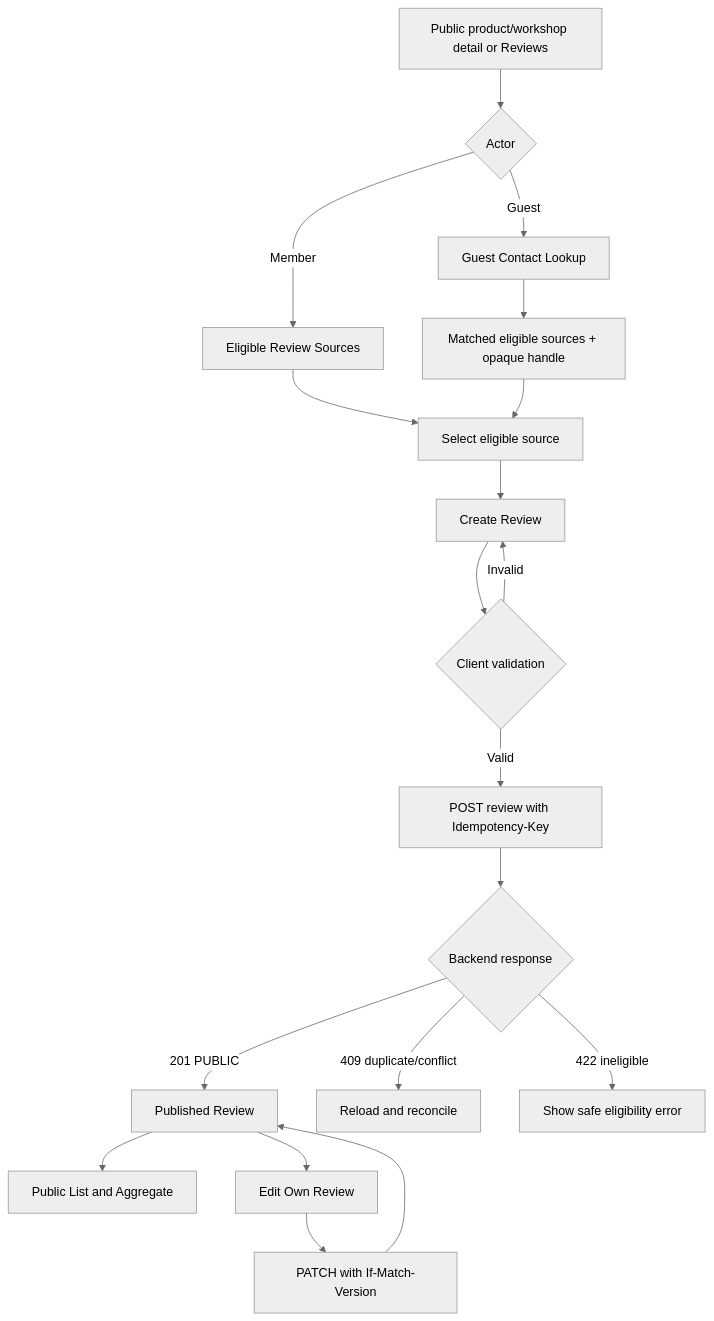
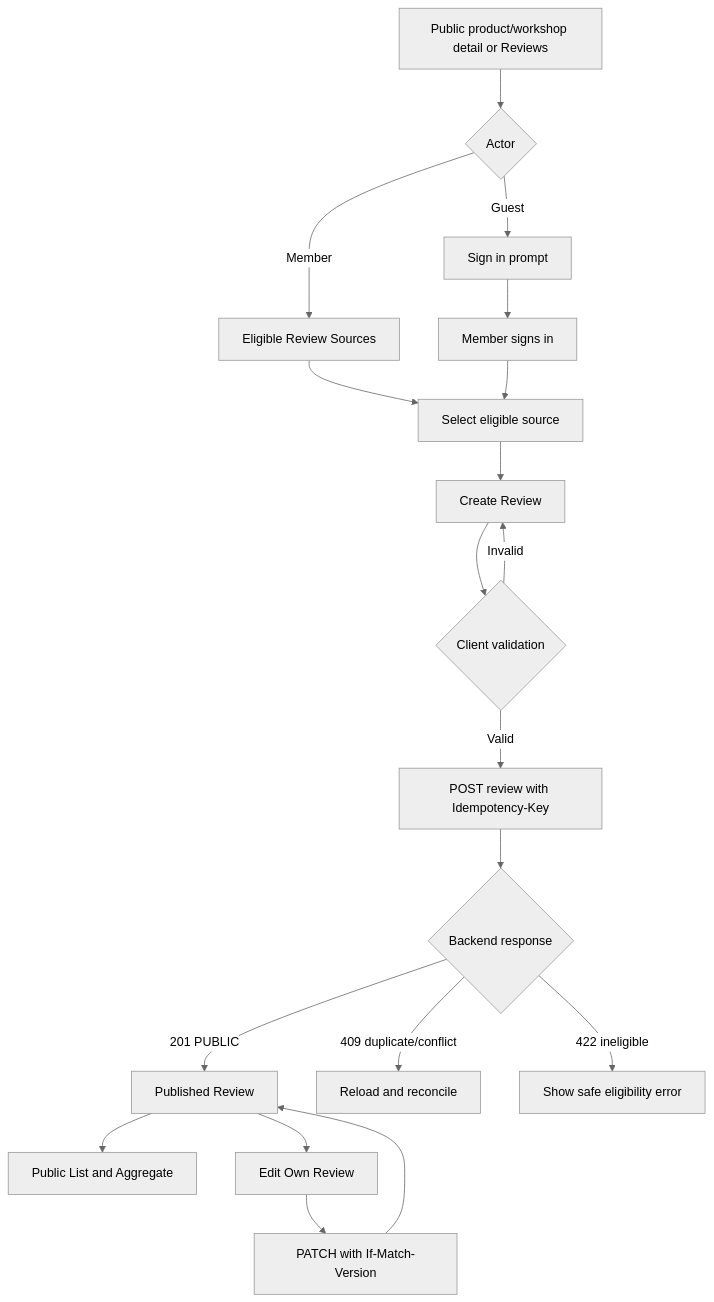
One commit to quoc-ca/mland-operations-hub changed the first of 2 diagrams in ppswbs-spec/features/011-review-management/design/ui-flow.md. Above: the diagram before and after it, drawn with Mermaid (neutral theme). The commit also changed other lines of this file and 54 other files, not shown here.

````diff
--- a/ppswbs-spec/features/011-review-management/design/ui-flow.md
+++ b/ppswbs-spec/features/011-review-management/design/ui-flow.md
@@ -28,21 +28,21 @@
 ```mermaid
 flowchart TD
   A[Public product/workshop detail or Reviews] --> B{Actor}
-  B -->|Guest| C[Guest Contact Lookup]
+  B -->|Guest| C[Sign in prompt]
   B -->|Member| D[Eligible Review Sources]
-  C --> E[Matched eligible sources + opaque handle]
+  C --> E[Member signs in]
   D --> F[Select eligible source]
   E --> F
   F --> G[Create Review]
   G --> H{Client validation}
   H -->|Invalid| G
   H -->|Valid| I[POST review with Idempotency-Key]
   I --> J{Backend response}
   J -->|201 PUBLIC| K[Published Review]
   J -->|409 duplicate/conflict| L[Reload and reconcile]
   J -->|422 ineligible| M[Show safe eligibility error]
   K --> N[Public List and Aggregate]
   K --> O[Edit Own Review]
   O --> P[PATCH with If-Match-Version]
   P --> K
 ```
````
